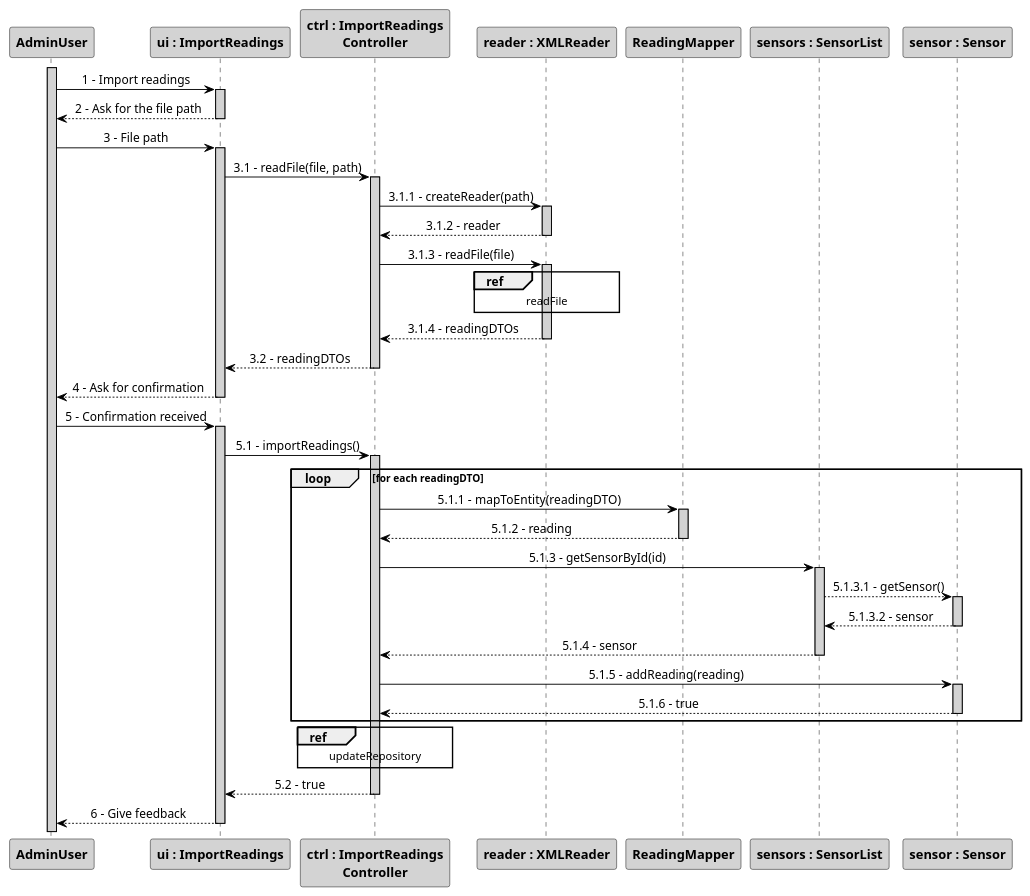
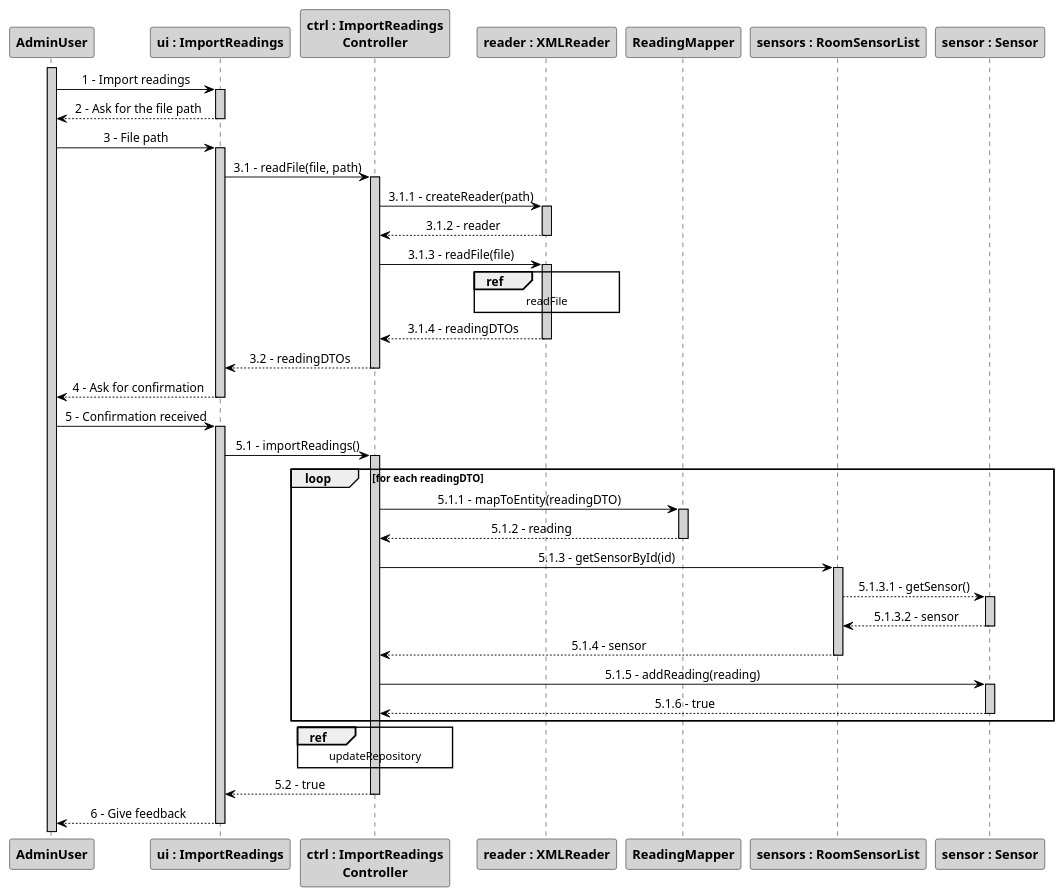
The diagram in src/main/java/pt/ipp/isep/dei/project/controllers/importreadingsfromcsvcontroller/SD_ImportReadingsRoomSensors.puml (1181687/hateoasToy), drawn with PlantUML before and after one commit. The commit also changed 7 other files, not shown here.

```diff
--- a/src/main/java/pt/ipp/isep/dei/project/controllers/importreadingsfromcsvcontroller/SD_ImportReadingsRoomSensors.puml
+++ b/src/main/java/pt/ipp/isep/dei/project/controllers/importreadingsfromcsvcontroller/SD_ImportReadingsRoomSensors.puml
@@ -1,76 +1,76 @@
 @startuml
 skinparam sequenceMessageAlign center
 skinparam sequence {
 	ArrowColor Black
 	ActorBorderColor DarkBlue
 	LifeLineBorderColor black
 	LifeLineBackgroundColor LightGrey
 
 	ParticipantBorderColor Black
 	ParticipantBackgroundColor LightGrey
 	ParticipantFontStyle Bold
 
 	ActorBackgroundColor DimGrey
 	ActorFontColor DeepSkyBlue
 	ActorFontStyle Bold
 	ActorFontSize 17
 	ActorFontName Aapex
 }
 
 activate AdminUser
 actor AdminUser
 
 AdminUser -> "ui : ImportReadings":1 - Import readings
 activate "ui : ImportReadings"
 "ui : ImportReadings" --> AdminUser: 2 - Ask for the file path
 deactivate "ui : ImportReadings"
 AdminUser -> "ui : ImportReadings": 3 - File path
 activate "ui : ImportReadings"
 "ui : ImportReadings" -> "ctrl : ImportReadings\nController": 3.1 - readFile(file, path)
 activate "ctrl : ImportReadings\nController"
 "ctrl : ImportReadings\nController" -> "reader : XMLReader": 3.1.1 - createReader(path)
 activate "reader : XMLReader"
 "reader : XMLReader" --> "ctrl : ImportReadings\nController": 3.1.2 - reader
 deactivate "reader : XMLReader"
 "ctrl : ImportReadings\nController" -> "reader : XMLReader": 3.1.3 - readFile(file)
 activate "reader : XMLReader"
 ref over "reader : XMLReader"
 readFile
 end
 "reader : XMLReader" --> "ctrl : ImportReadings\nController": 3.1.4 - readingDTOs
 deactivate "reader : XMLReader"
 "ctrl : ImportReadings\nController" --> "ui : ImportReadings": 3.2 - readingDTOs
 deactivate "ctrl : ImportReadings\nController"
 "ui : ImportReadings" --> AdminUser: 4 - Ask for confirmation
 deactivate "ui : ImportReadings"
 AdminUser -> "ui : ImportReadings": 5 - Confirmation received
 activate "ui : ImportReadings"
 "ui : ImportReadings" -> "ctrl : ImportReadings\nController": 5.1 - importReadings()
 activate "ctrl : ImportReadings\nController"
 loop for each readingDTO
 "ctrl : ImportReadings\nController" -> ReadingMapper: 5.1.1 - mapToEntity(readingDTO)
 activate ReadingMapper
 ReadingMapper --> "ctrl : ImportReadings\nController": 5.1.2 - reading
 deactivate ReadingMapper
-"ctrl : ImportReadings\nController" -> "sensors : SensorList": 5.1.3 - getSensorById(id)
-activate "sensors : SensorList"
-"sensors : SensorList" --> "sensor : Sensor": 5.1.3.1 - getSensor()
+"ctrl : ImportReadings\nController" -> "sensors : RoomSensorList": 5.1.3 - getSensorById(id)
+activate "sensors : RoomSensorList"
+"sensors : RoomSensorList" --> "sensor : Sensor": 5.1.3.1 - getSensor()
 activate "sensor : Sensor"
-"sensor : Sensor" --> "sensors : SensorList": 5.1.3.2 - sensor
+"sensor : Sensor" --> "sensors : RoomSensorList": 5.1.3.2 - sensor
 deactivate "sensor : Sensor"
-"sensors : SensorList" --> "ctrl : ImportReadings\nController": 5.1.4 - sensor
-deactivate "sensors : SensorList"
+"sensors : RoomSensorList" --> "ctrl : ImportReadings\nController": 5.1.4 - sensor
+deactivate "sensors : RoomSensorList"
 "ctrl : ImportReadings\nController" -> "sensor : Sensor": 5.1.5 - addReading(reading)
 activate "sensor : Sensor"
 "sensor : Sensor" --> "ctrl : ImportReadings\nController": 5.1.6 - true
 deactivate "sensor : Sensor"
 end loop
 ref over "ctrl : ImportReadings\nController"
 updateRepository
 end
 "ctrl : ImportReadings\nController" --> "ui : ImportReadings": 5.2 - true
 deactivate "ctrl : ImportReadings\nController"
 "ui : ImportReadings" --> AdminUser: 6 - Give feedback
 deactivate "ui : ImportReadings"
 
 @enduml
```
